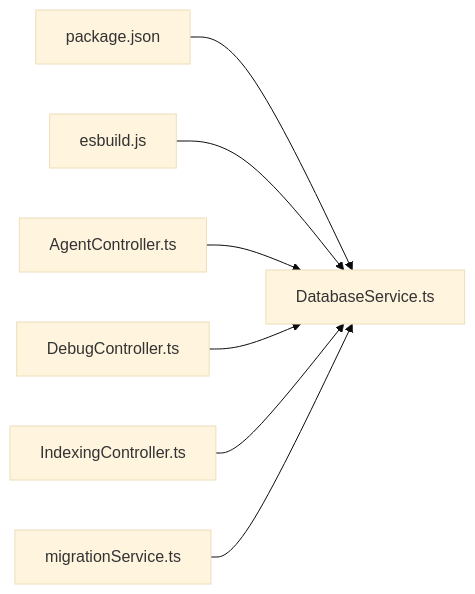
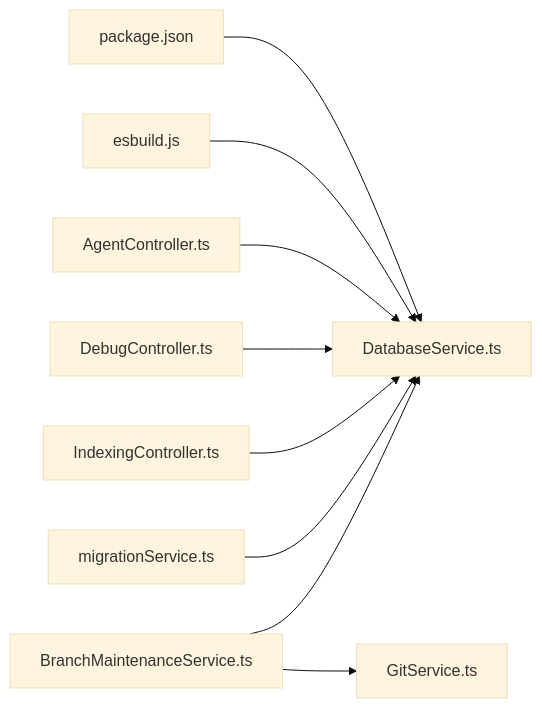
Before and after one commit to bramburn/repomix-runner: the fourth of 4 diagrams in .qoder/repowiki/en/content/Storage System/Database Service.md, drawn with Mermaid (base theme). The commit also changed other lines of this file and 19 other files, not shown here.

````diff
--- a/.qoder/repowiki/en/content/Storage System/Database Service.md
+++ b/.qoder/repowiki/en/content/Storage System/Database Service.md
@@ -291,16 +385,20 @@
 ```mermaid
 graph LR
 PKG["package.json"]
 ES["esbuild.js"]
 DB["DatabaseService.ts"]
 AC["AgentController.ts"]
 DC["DebugController.ts"]
 IC["IndexingController.ts"]
 MS["migrationService.ts"]
+BMS["BranchMaintenanceService.ts"]
+GS["GitService.ts"]
 PKG --> DB
 ES --> DB
 AC --> DB
 DC --> DB
 IC --> DB
 MS --> DB
+BMS --> DB
+BMS --> GS
 ```
````
